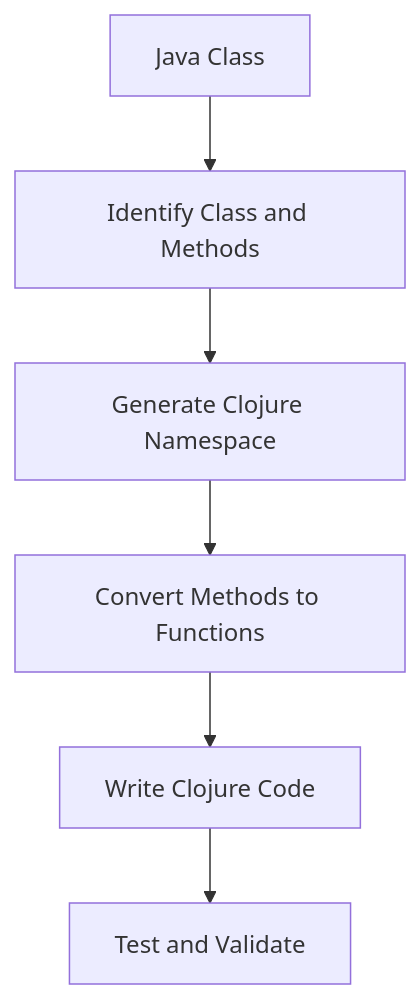
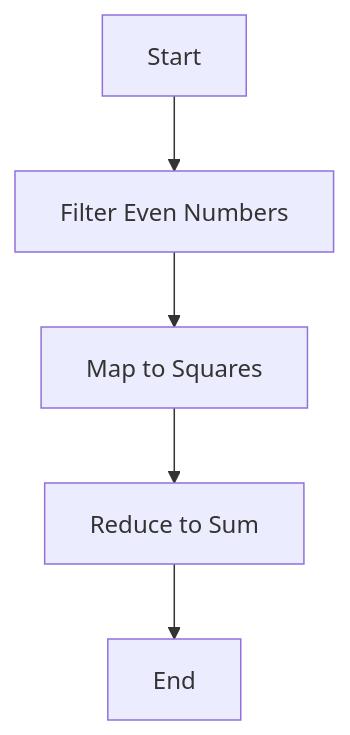
Before and after one commit to MasteryEducation/ClojureForJava.com: the diagram in content/3/13/3/index.md, drawn with Mermaid. The commit also changed other lines of this file and 74 other files, not shown here.

````diff
--- a/content/3/13/3/index.md
+++ b/content/3/13/3/index.md
@@ -173,8 +130,7 @@
 ```mermaid
 graph TD;
-    A[Java Class] --> B[Identify Class and Methods];
-    B --> C[Generate Clojure Namespace];
-    C --> D[Convert Methods to Functions];
-    D --> E[Write Clojure Code];
-    E --> F[Test and Validate];
+    A[Start] --> B[Filter Even Numbers];
+    B --> C[Map to Squares];
+    C --> D[Reduce to Sum];
+    D --> E[End];
 ```
````
